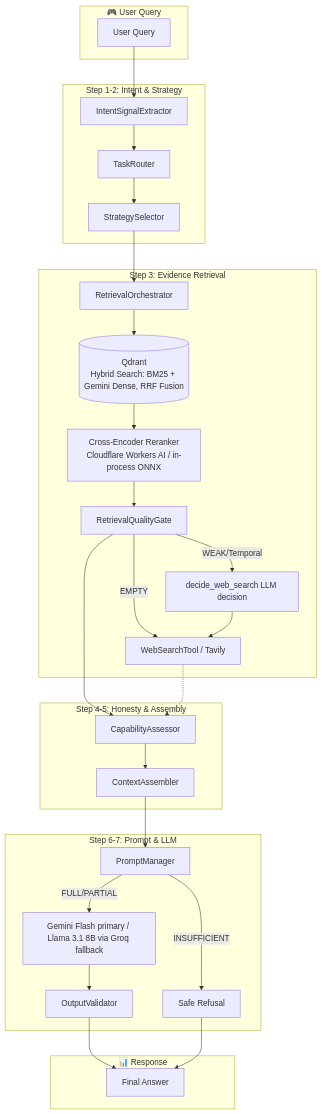
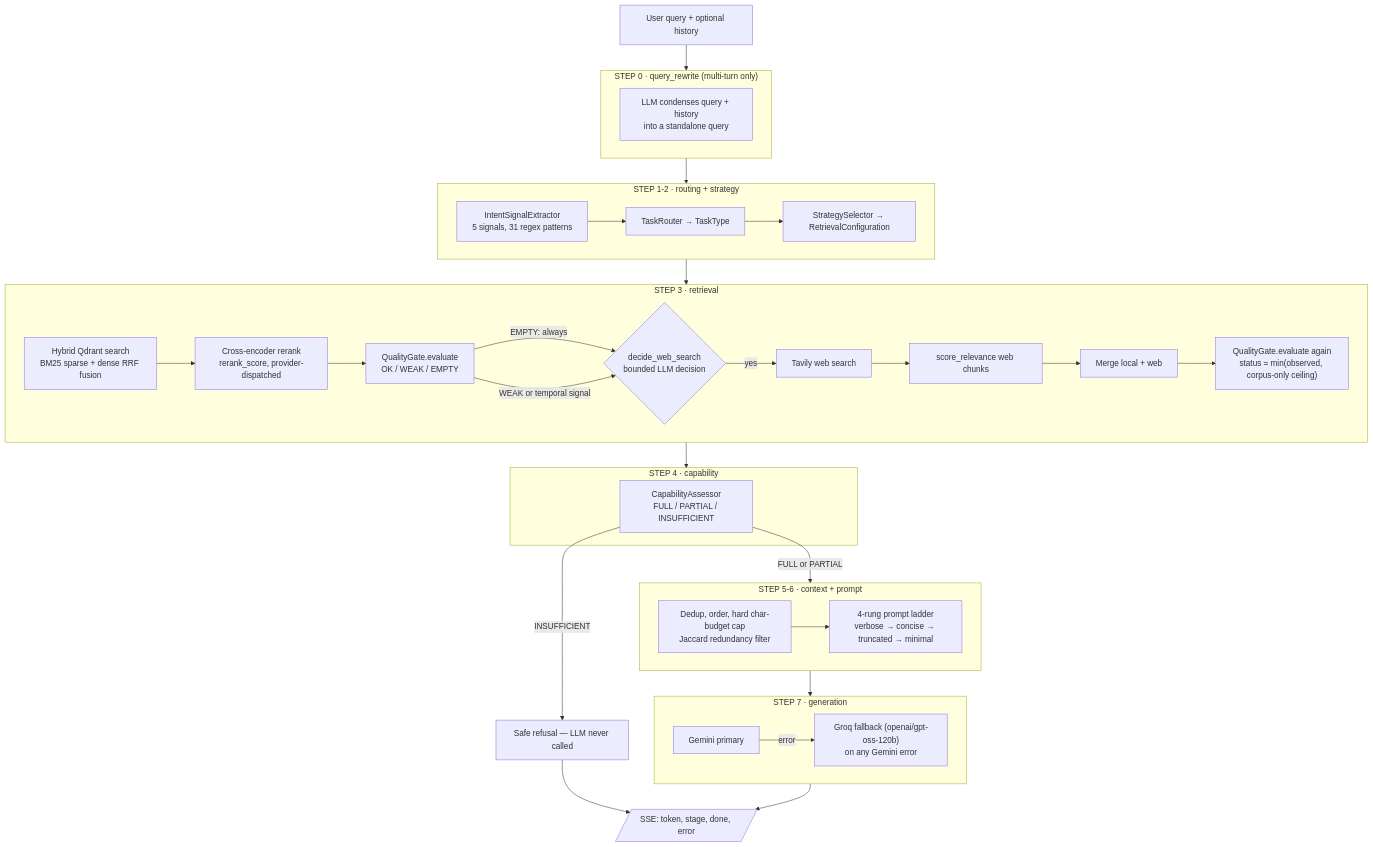
One commit to SukeshShetty1010/RAGent changed the first of 2 diagrams in README.md. Above: the diagram before and after it, drawn with Mermaid. The commit also changed other lines of this file and 7 other files, not shown here.

````diff
--- a/README.md
+++ b/README.md
@@ -29,54 +175,58 @@
 ```mermaid
 flowchart TB
-    subgraph Input["🎮 User Query"]
-        Q[User Query]
+    U[User query + optional history] --> S0
+
+    subgraph S0["STEP 0 · query_rewrite (multi-turn only)"]
+        QR[LLM condenses query + history<br/>into a standalone query]
     end
-    
-    subgraph Routing["Step 1-2: Intent & Strategy"]
-        IE[IntentSignalExtractor]
-        TR[TaskRouter]
-        SS[StrategySelector]
-        Q --> IE
-        IE --> TR
-        TR --> SS
+
+    S0 --> S1
+
+    subgraph S1["STEP 1-2 · routing + strategy"]
+        IE[IntentSignalExtractor<br/>5 signals, 31 regex patterns]
+        TR[TaskRouter → TaskType]
+        SS[StrategySelector → RetrievalConfiguration]
+        IE --> TR --> SS
     end
-    
-    subgraph Retrieval["Step 3: Evidence Retrieval"]
-        RO[RetrievalOrchestrator]
-        WV[(Qdrant<br/>Hybrid Search: BM25 + Gemini Dense, RRF Fusion)]
-        RR[Cross-Encoder Reranker<br/>Cloudflare Workers AI / in-process ONNX]
-        QG[RetrievalQualityGate]
-        WD[decide_web_search LLM decision]
-        WS[WebSearchTool / Tavily]
-        SS --> RO
-        RO --> WV
-        WV --> RR
-        RR --> QG
-        QG -->|EMPTY| WS
-        QG -->|WEAK/Temporal| WD
-        WD --> WS
+
+    S1 --> S2
+
+    subgraph S2["STEP 3 · retrieval"]
+        HV[Hybrid Qdrant search<br/>BM25 sparse + dense RRF fusion]
+        CE[Cross-encoder rerank<br/>rerank_score, provider-dispatched]
+        QG1[QualityGate.evaluate<br/>OK / WEAK / EMPTY]
+        HV --> CE --> QG1
+        QG1 -- "EMPTY: always" --> WD{decide_web_search<br/>bounded LLM decision}
+        QG1 -- "WEAK or temporal signal" --> WD
+        WD -- "yes" --> WS[Tavily web search]
+        WS --> SC[score_relevance web chunks]
+        SC --> MG[Merge local + web]
+        MG --> QG2["QualityGate.evaluate again<br/>status = min(observed, corpus-only ceiling)"]
     end
-    
-    subgraph Assessment["Step 4-5: Honesty & Assembly"]
-        CA[CapabilityAssessor]
-        CTX[ContextAssembler]
-        QG --> CA
-        WS -.-> CA
-        CA --> CTX
+
+    S2 --> S3
+
+    subgraph S3["STEP 4 · capability"]
+        CA[CapabilityAssessor<br/>FULL / PARTIAL / INSUFFICIENT]
     end
-    
-    subgraph Generation["Step 6-7: Prompt & LLM"]
-        PM[PromptManager]
-        LLM[Gemini Flash primary / Llama 3.1 8B via Groq fallback]
-        OV[OutputValidator]
-        CTX --> PM
-        PM -->|FULL/PARTIAL| LLM
-        PM -->|INSUFFICIENT| REF[Safe Refusal]
-        LLM --> OV
+
+    CA -- INSUFFICIENT --> REFUSE[Safe refusal — LLM never called]
+    CA -- "FULL or PARTIAL" --> S4
+
+    subgraph S4["STEP 5-6 · context + prompt"]
+        CX[Dedup, order, hard char-budget cap<br/>Jaccard redundancy filter]
+        PM["4-rung prompt ladder<br/>verbose → concise → truncated → minimal"]
+        CX --> PM
     end
-    
-    subgraph Output["📊 Response"]
-        OV --> ANS[Final Answer]
-        REF --> ANS
+
+    S4 --> S5
+
+    subgraph S5["STEP 7 · generation"]
+        GEM[Gemini primary]
+        GRQ["Groq fallback (openai/gpt-oss-120b)<br/>on any Gemini error"]
+        GEM -- "error" --> GRQ
     end
+
+    S5 --> OUT[/SSE: token, stage, done, error/]
+    REFUSE --> OUT
 ```
````
